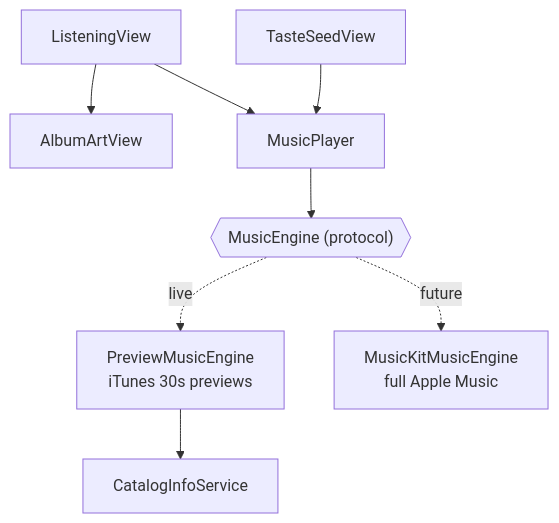
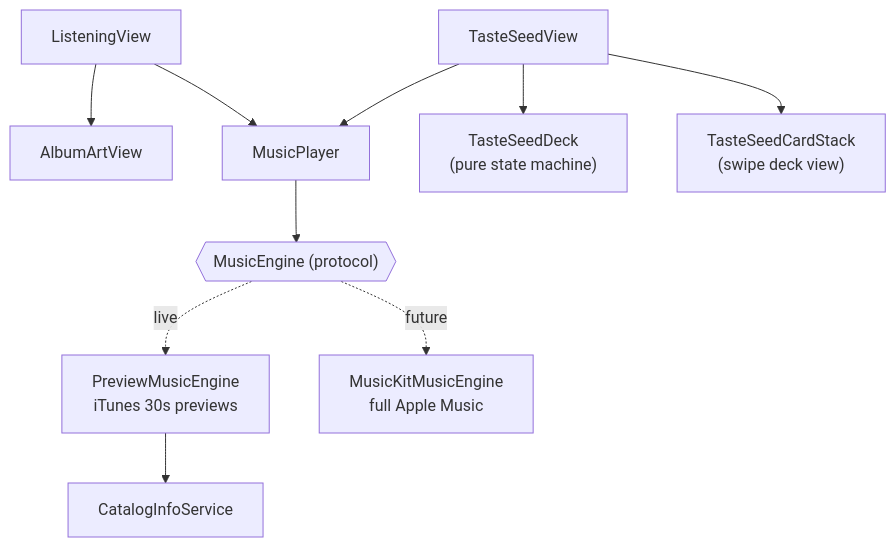
One commit to max-hagi/Daily-Music changed the ninth of 12 diagrams in docs/ARCHITECTURE.md. Above: the diagram before and after it, drawn with Mermaid. The commit also changed other lines of this file, not shown here.

Commit message:
docs: architecture map for onboarding swipe deck + ceremony handoff

````diff
--- a/docs/ARCHITECTURE.md
+++ b/docs/ARCHITECTURE.md
@@ -323,10 +323,12 @@
 ```mermaid
 flowchart TD
     ListeningView --> AlbumArtView
     ListeningView --> MusicPlayer
+    TasteSeedView --> TasteSeedDeck["TasteSeedDeck<br/>(pure state machine)"]
+    TasteSeedView --> TasteSeedCardStack["TasteSeedCardStack<br/>(swipe deck view)"]
     TasteSeedView --> MusicPlayer
     MusicPlayer --> MusicEngine{{"MusicEngine (protocol)"}}
     MusicEngine -.live.-> PreviewMusicEngine["PreviewMusicEngine<br/>iTunes 30s previews"]
     MusicEngine -.future.-> MusicKitMusicEngine["MusicKitMusicEngine<br/>full Apple Music"]
     PreviewMusicEngine --> CatalogInfoService
 ```
````
